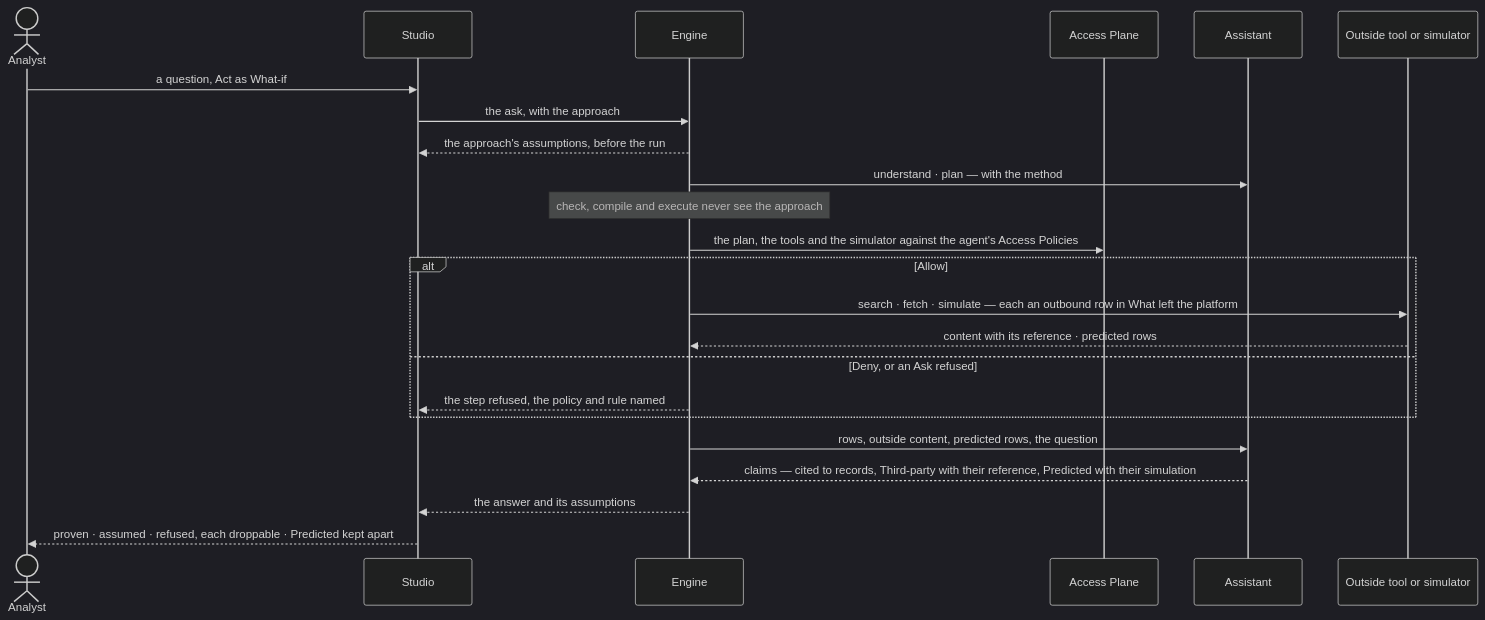
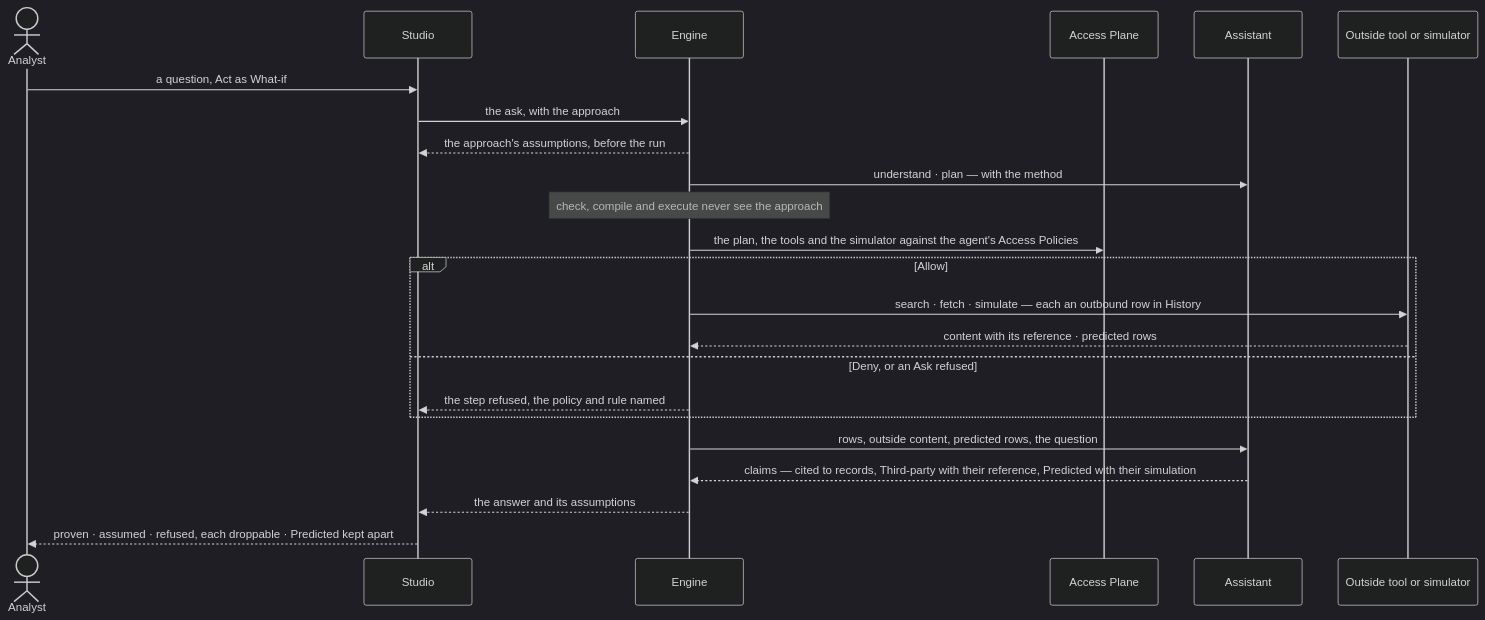
One commit to invana/invana changed the second of 2 diagrams in specs/capabilities/explore/features/EX-F05-when-it-cannot-answer-and-how-it-reasons/feature.md. Above: the diagram before and after it, drawn with Mermaid (dark theme). The commit also changed 156 other files, not shown here.

Commit message:
wip(platform-design-3): P02 · steps 1-4 — section 4, E2E sweep, merges, flow boards, journeys

````diff
--- a/specs/capabilities/explore/features/EX-F05-when-it-cannot-answer-and-how-it-reasons/feature.md
+++ b/specs/capabilities/explore/features/EX-F05-when-it-cannot-answer-and-how-it-reasons/feature.md
@@ -72,25 +72,25 @@
 ```mermaid
 sequenceDiagram
   actor P as Analyst
   participant S as Studio
   participant E as Engine
   participant X as Access Plane
   participant A as Assistant
   participant W as Outside tool or simulator
   P->>S: a question, Act as What-if
   S->>E: the ask, with the approach
   E-->>S: the approach's assumptions, before the run
   E->>A: understand · plan — with the method
   Note over E: check, compile and execute never see the approach
   E->>X: the plan, the tools and the simulator against the agent's Access Policies
   alt Allow
-    E->>W: search · fetch · simulate — each an outbound row in What left the platform
+    E->>W: search · fetch · simulate — each an outbound row in History
     W-->>E: content with its reference · predicted rows
   else Deny, or an Ask refused
     E-->>S: the step refused, the policy and rule named
   end
   E->>A: rows, outside content, predicted rows, the question
   A-->>E: claims — cited to records, Third-party with their reference, Predicted with their simulation
   E-->>S: the answer and its assumptions
   S-->>P: proven · assumed · refused, each droppable · Predicted kept apart
 ```
````
